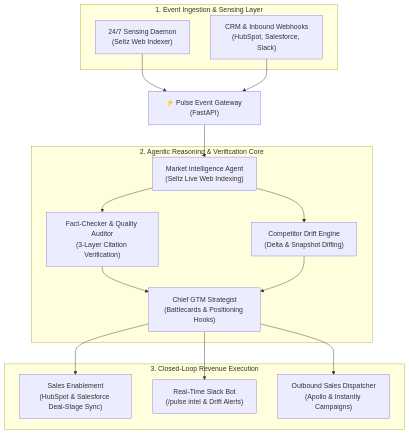
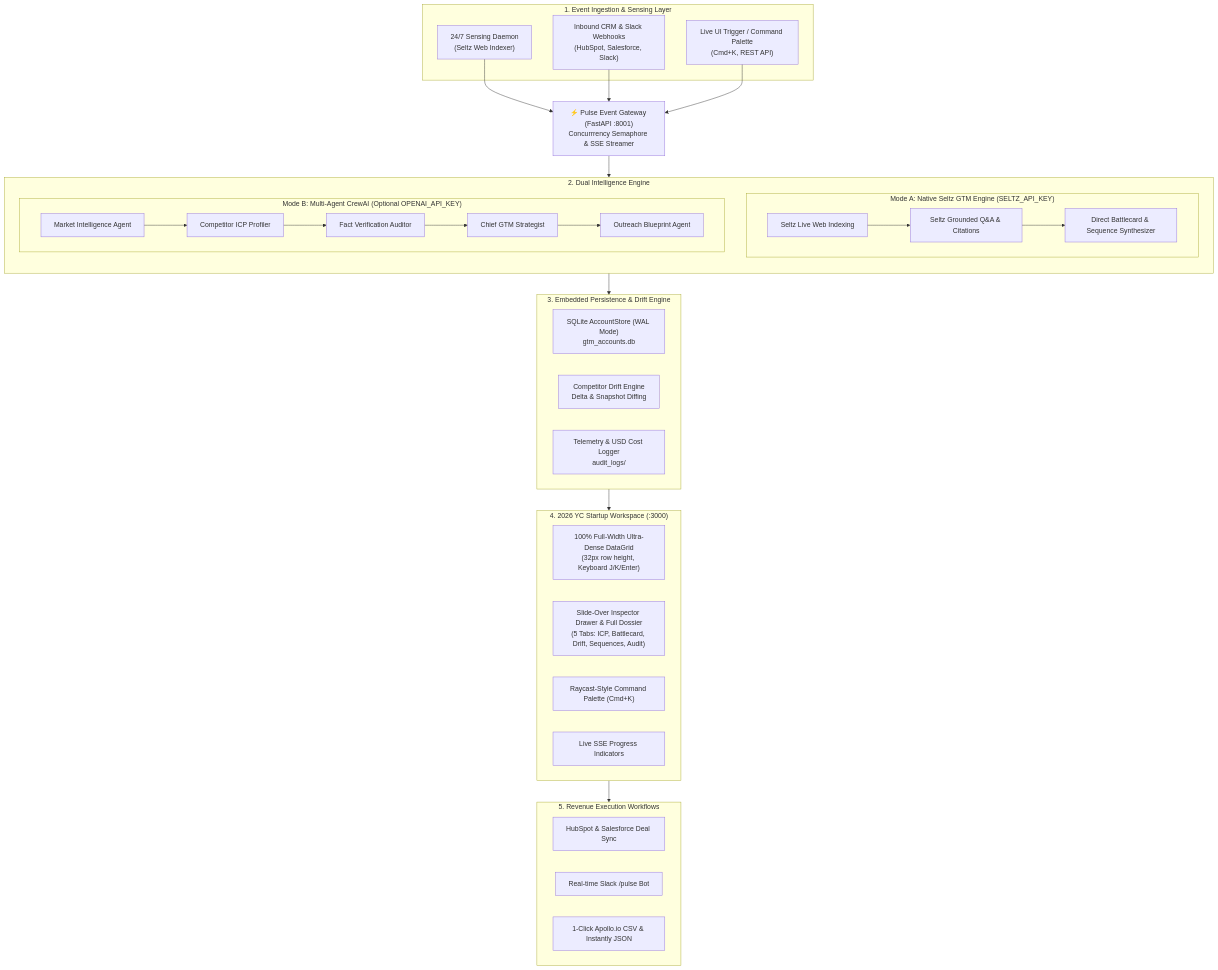
The diagram in README.md (Saumojit30/Pulse), drawn with Mermaid before and after one commit. The commit also changed other lines of this file, not shown here.

Commit message:
docs: update comprehensive README with architecture, dual-engine specs, and quickstart

````diff
--- a/README.md
+++ b/README.md
@@ -58,35 +63,58 @@
 ```mermaid
 flowchart TD
-    subgraph Ingestion ["1. Event Ingestion & Sensing Layer"]
+    subgraph Sensing ["1. Event Ingestion & Sensing Layer"]
         Daemon["24/7 Sensing Daemon<br/>(Seltz Web Indexer)"]
-        Webhooks["CRM & Inbound Webhooks<br/>(HubSpot, Salesforce, Slack)"]
+        Webhooks["Inbound CRM & Slack Webhooks<br/>(HubSpot, Salesforce, Slack)"]
+        ManualScan["Live UI Trigger / Command Palette<br/>(Cmd+K, REST API)"]
     end
 
-    Gateway["⚡ Pulse Event Gateway (FastAPI)"]
+    Gateway["⚡ Pulse Event Gateway (FastAPI :8001)<br/>Concurrrency Semaphore & SSE Streamer"]
     Daemon --> Gateway
     Webhooks --> Gateway
+    ManualScan --> Gateway
 
-    subgraph Core ["2. Agentic Reasoning & Verification Core"]
-        MarketAgent["Market Intelligence Agent<br/>(Seltz Live Web Indexing)"]
-        DriftEngine["Competitor Drift Engine<br/>(Delta & Snapshot Diffing)"]
-        FactAuditor["Fact-Checker & Quality Auditor<br/>(3-Layer Citation Verification)"]
-        GTMStrategist["Chief GTM Strategist<br/>(Battlecards & Positioning Hooks)"]
-
-        MarketAgent --> DriftEngine
-        MarketAgent --> FactAuditor
-        FactAuditor --> GTMStrategist
-        DriftEngine --> GTMStrategist
+    subgraph DualEngine ["2. Dual Intelligence Engine"]
+        direction TB
+        subgraph ModeA ["Mode A: Native Seltz GTM Engine (SELTZ_API_KEY)"]
+            SeltzSearch["Seltz Live Web Indexing"]
+            SeltzAnswer["Seltz Grounded Q&A & Citations"]
+            SeltzSynth["Direct Battlecard & Sequence Synthesizer"]
+            SeltzSearch --> SeltzAnswer --> SeltzSynth
+        end
+        subgraph ModeB ["Mode B: Multi-Agent CrewAI (Optional OPENAI_API_KEY)"]
+            CrewMarket["Market Intelligence Agent"]
+            CrewICP["Competitor ICP Profiler"]
+            CrewAudit["Fact Verification Auditor"]
+            CrewStrategist["Chief GTM Strategist"]
+            CrewOutreach["Outreach Blueprint Agent"]
+            CrewMarket --> CrewICP --> CrewAudit --> CrewStrategist --> CrewOutreach
+        end
     end
 
-    Gateway --> MarketAgent
+    Gateway --> DualEngine
 
-    subgraph Actions ["3. Closed-Loop Revenue Execution"]
-        CRM["Sales Enablement<br/>(HubSpot & Salesforce Deal-Stage Sync)"]
-        Slack["Real-Time Slack Bot<br/>(/pulse intel & Drift Alerts)"]
-        Outbound["Outbound Sales Dispatcher<br/>(Apollo & Instantly Campaigns)"]
+    subgraph Storage ["3. Embedded Persistence & Drift Engine"]
+        SQLiteStore["SQLite AccountStore (WAL Mode)<br/>gtm_accounts.db"]
+        DriftEngine["Competitor Drift Engine<br/>Delta & Snapshot Diffing"]
+        AuditLogger["Telemetry & USD Cost Logger<br/>audit_logs/"]
     end
 
-    GTMStrategist --> CRM
-    GTMStrategist --> Slack
-    GTMStrategist --> Outbound
+    DualEngine --> Storage
+
+    subgraph Frontend ["4. 2026 YC Startup Workspace (:3000)"]
+        DataGrid["100% Full-Width Ultra-Dense DataGrid<br/>(32px row height, Keyboard J/K/Enter)"]
+        Inspector["Slide-Over Inspector Drawer & Full Dossier<br/>(5 Tabs: ICP, Battlecard, Drift, Sequences, Audit)"]
+        CmdPalette["Raycast-Style Command Palette (Cmd+K)"]
+        SSEStream["Live SSE Progress Indicators"]
+    end
+
+    Storage --> Frontend
+
+    subgraph RevenueActions ["5. Revenue Execution Workflows"]
+        CRM["HubSpot & Salesforce Deal Sync"]
+        SlackBot["Real-time Slack /pulse Bot"]
+        Apollo["1-Click Apollo.io CSV & Instantly JSON"]
+    end
+
+    Frontend --> RevenueActions
 ```
````
